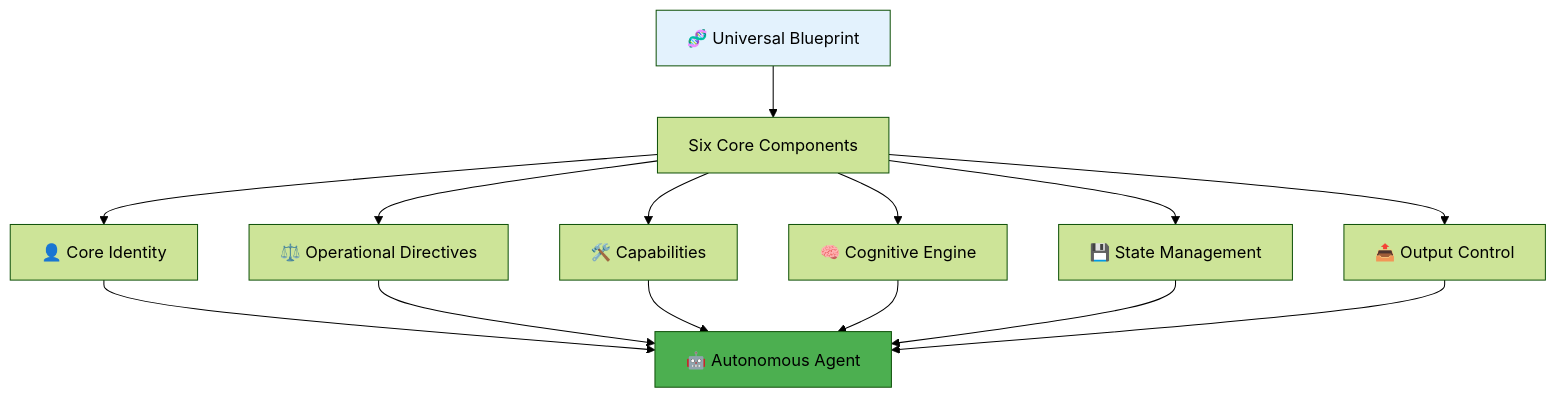
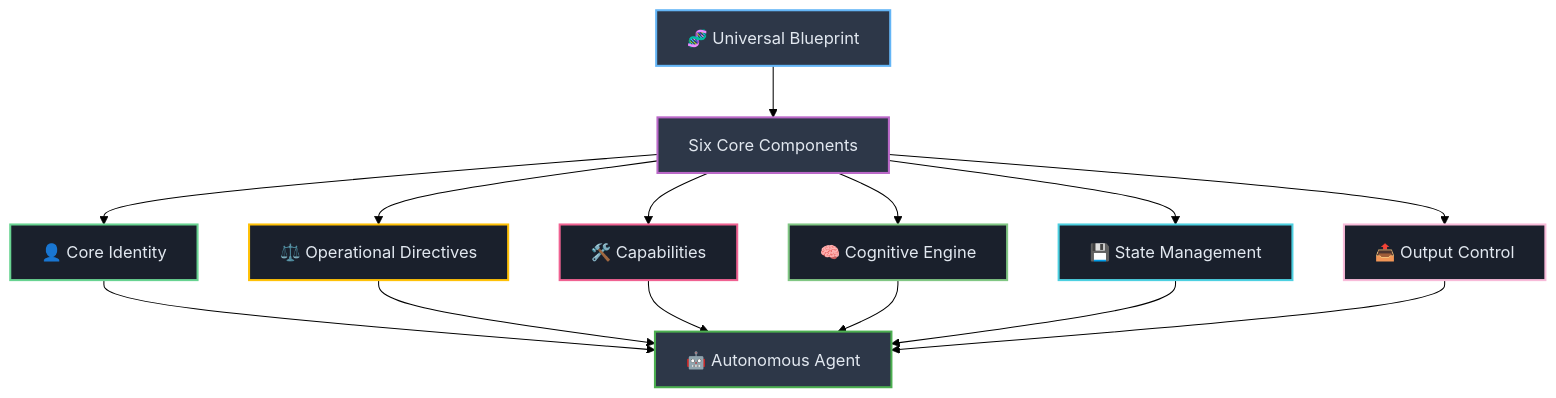
One commit to josemlopez/prompt_tutorial changed the seventh of 9 diagrams in Part_II_Section_8_Case_Studies_Deconstructing_Real-World_Agent_Prompts.md. Above: the diagram before and after it, drawn with Mermaid (forest theme). The commit also changed other lines of this file and 7 other files, not shown here.

````diff
--- a/Part_II_Section_8_Case_Studies_Deconstructing_Real-World_Agent_Prompts.md
+++ b/Part_II_Section_8_Case_Studies_Deconstructing_Real-World_Agent_Prompts.md
@@ -410,21 +424,28 @@
 ```mermaid
 graph TD
-    A[🧬 Universal Blueprint] --> B[Six Core Components]
-    
-    B --> C[👤 Core Identity]
-    B --> D[⚖️ Operational Directives]
-    B --> E[🛠️ Capabilities]
-    B --> F[🧠 Cognitive Engine]
-    B --> G[💾 State Management]
-    B --> H[📤 Output Control]
-    
-    C --> I[🤖 Autonomous Agent]
-    D --> I
-    E --> I
-    F --> I
-    G --> I
-    H --> I
-    
-    style A fill:#e3f2fd
-    style I fill:#4caf50
+   A[🧬 Universal Blueprint] --> B[Six Core Components]
+   
+   B --> C[👤 Core Identity]
+   B --> D[⚖️ Operational Directives]
+   B --> E[🛠️ Capabilities]
+   B --> F[🧠 Cognitive Engine]
+   B --> G[💾 State Management]
+   B --> H[📤 Output Control]
+   
+   C --> I[🤖 Autonomous Agent]
+   D --> I
+   E --> I
+   F --> I
+   G --> I
+   H --> I
+   
+   style A fill:#2d3748,stroke:#64b5f6,stroke-width:2px,color:#e2e8f0
+   style B fill:#2d3748,stroke:#ba68c8,stroke-width:2px,color:#e2e8f0
+   style C fill:#1a202c,stroke:#68d391,stroke-width:2px,color:#e2e8f0
+   style D fill:#1a202c,stroke:#ffc107,stroke-width:2px,color:#e2e8f0
+   style E fill:#1a202c,stroke:#f06292,stroke-width:2px,color:#e2e8f0
+   style F fill:#1a202c,stroke:#81c784,stroke-width:2px,color:#e2e8f0
+   style G fill:#1a202c,stroke:#4dd0e1,stroke-width:2px,color:#e2e8f0
+   style H fill:#1a202c,stroke:#f8bbd9,stroke-width:2px,color:#e2e8f0
+   style I fill:#2d3748,stroke:#4caf50,stroke-width:2px,color:#e2e8f0
 ```
````
